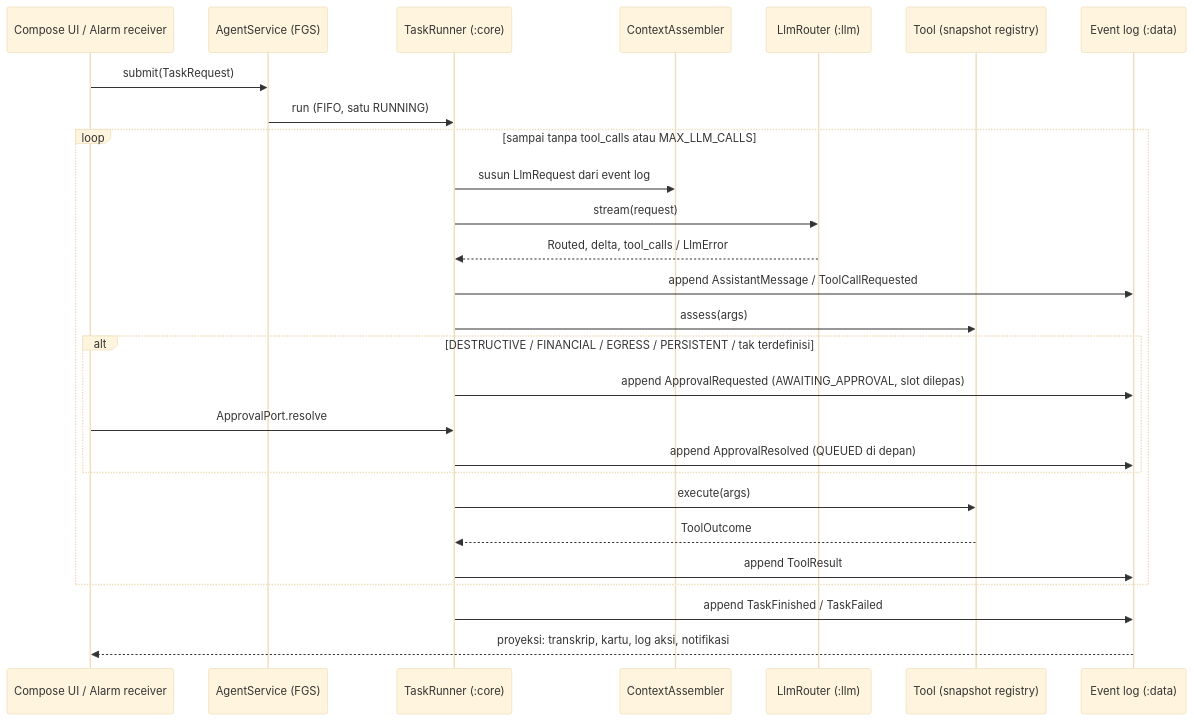
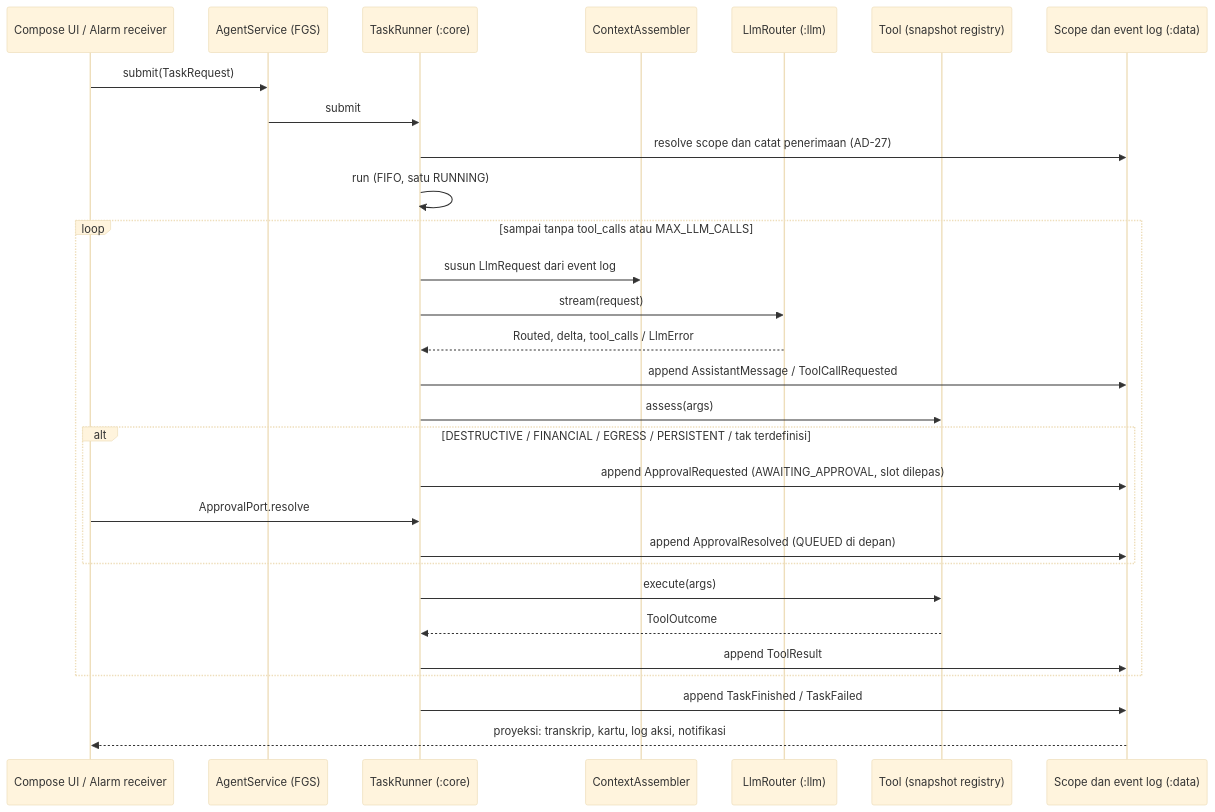
One commit to lusalhi/lumynoid changed the second of 4 diagrams in _bmad-output/initiative-lumynoid/architecture-lumynoid/architecture-lumynoid.md. Above: the diagram before and after it, drawn with Mermaid (base theme). The commit also changed other lines of this file and 5 other files, not shown here.

````diff
--- a/_bmad-output/initiative-lumynoid/architecture-lumynoid/architecture-lumynoid.md
+++ b/_bmad-output/initiative-lumynoid/architecture-lumynoid/architecture-lumynoid.md
@@ -371,29 +388,31 @@
 ```mermaid
 sequenceDiagram
   participant UI as Compose UI / Alarm receiver
   participant S as AgentService (FGS)
   participant R as TaskRunner (:core)
   participant C as ContextAssembler
   participant L as LlmRouter (:llm)
   participant T as Tool (snapshot registry)
-  participant DB as Event log (:data)
+  participant DB as Scope dan event log (:data)
   UI->>S: submit(TaskRequest)
-  S->>R: run (FIFO, satu RUNNING)
+  S->>R: submit
+  R->>DB: resolve scope dan catat penerimaan (AD-27)
+  R->>R: run (FIFO, satu RUNNING)
   loop sampai tanpa tool_calls atau MAX_LLM_CALLS
     R->>C: susun LlmRequest dari event log
     R->>L: stream(request)
     L-->>R: Routed, delta, tool_calls / LlmError
     R->>DB: append AssistantMessage / ToolCallRequested
     R->>T: assess(args)
     alt DESTRUCTIVE / FINANCIAL / EGRESS / PERSISTENT / tak terdefinisi
       R->>DB: append ApprovalRequested (AWAITING_APPROVAL, slot dilepas)
       UI->>R: ApprovalPort.resolve
       R->>DB: append ApprovalResolved (QUEUED di depan)
     end
     R->>T: execute(args)
     T-->>R: ToolOutcome
     R->>DB: append ToolResult
   end
   R->>DB: append TaskFinished / TaskFailed
   DB-->>UI: proyeksi: transkrip, kartu, log aksi, notifikasi
 ```
````
